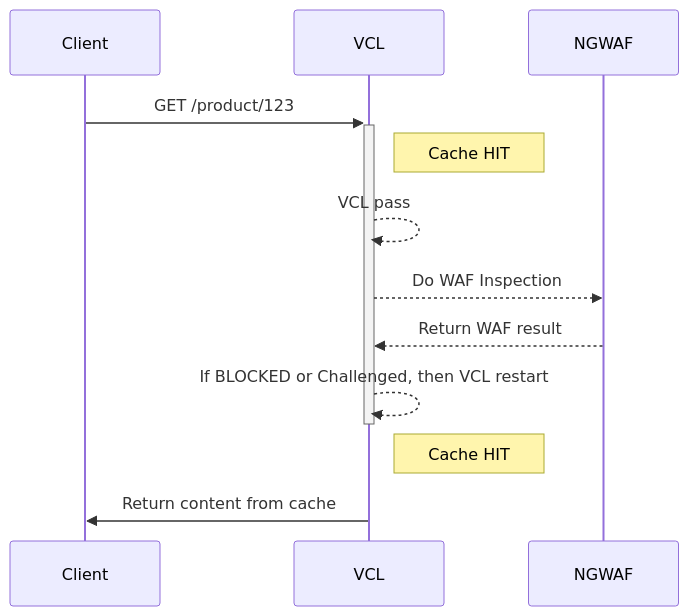
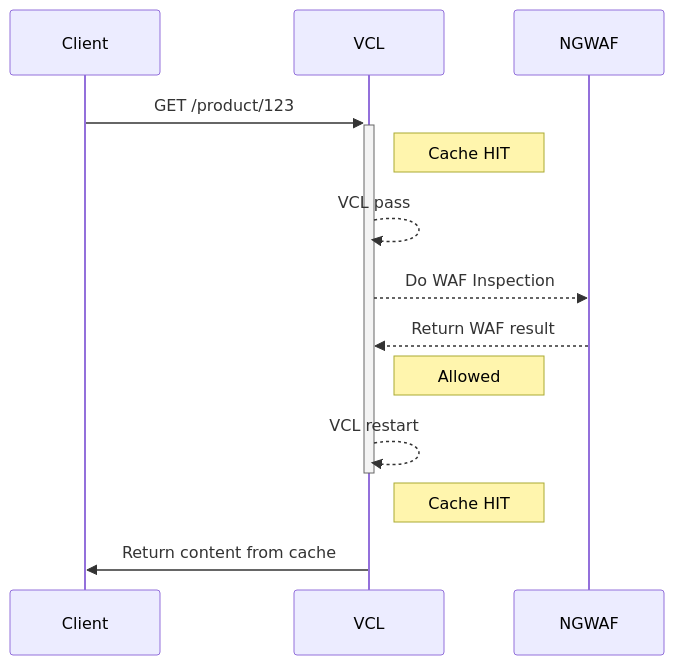
One commit to fastly/security-use-cases changed the second of 2 diagrams in protect-cached-content/README.md. Above: the diagram before and after it, drawn with Mermaid. The commit also changed other lines of this file, not shown here.

````diff
--- a/protect-cached-content/README.md
+++ b/protect-cached-content/README.md
@@ -14,12 +31,13 @@
 ```mermaid
 sequenceDiagram
     Client->>+VCL: GET /product/123
     Note right of VCL: Cache HIT
     VCL-->>VCL: VCL pass
     VCL-->>NGWAF: Do WAF Inspection
     NGWAF-->>VCL: Return WAF result
-    VCL-->>-VCL: If BLOCKED or Challenged, then VCL restart
+    Note right of VCL: Allowed
+    VCL-->>-VCL: VCL restart
     Note right of VCL: Cache HIT
     VCL->>Client: Return content from cache
     
 ```
````
